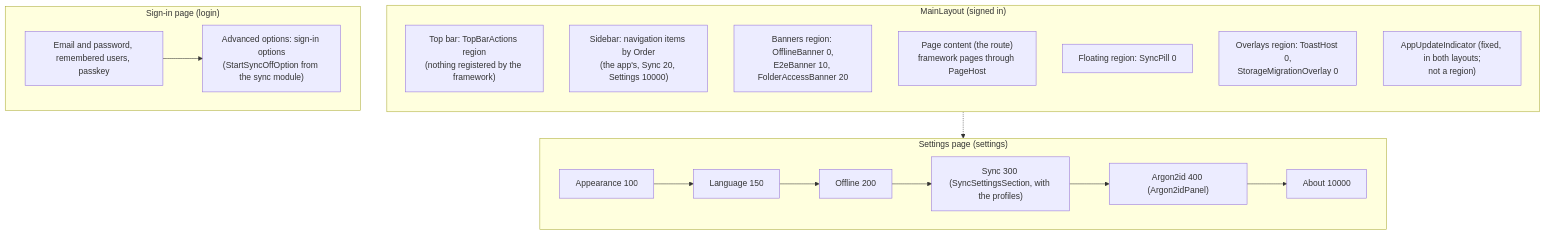
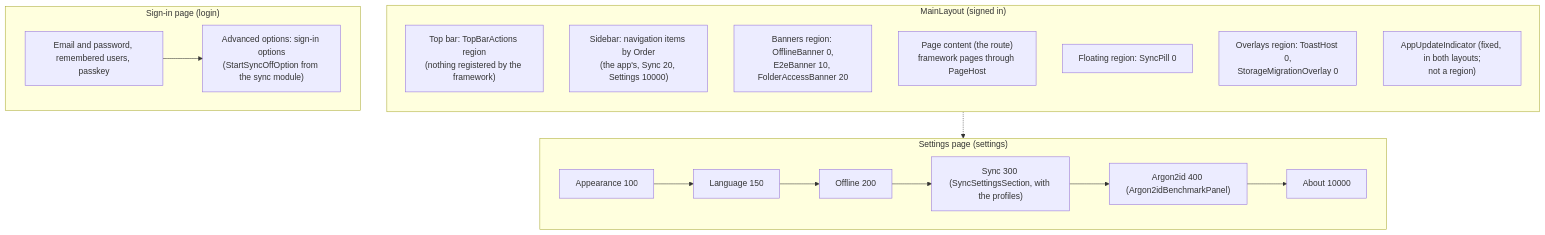
Before and after one commit to devoctomy/blazwiz: the first of 4 diagrams in docs/diagrams/extension-points.md, drawn with Mermaid. The commit also changed other lines of this file and 17 other files, not shown here.

````diff
--- a/docs/diagrams/extension-points.md
+++ b/docs/diagrams/extension-points.md
@@ -24,31 +24,31 @@
 ```mermaid
 flowchart TB
     subgraph Main["MainLayout (signed in)"]
         direction TB
         Top["Top bar: TopBarActions region<br/>(nothing registered by the framework)"]
         Side["Sidebar: navigation items by Order<br/>(the app's, Sync 20, Settings 10000)"]
         Banners["Banners region: OfflineBanner 0,<br/>E2eBanner 10, FolderAccessBanner 20"]
         Body["Page content (the route)<br/>framework pages through PageHost"]
         Floating["Floating region: SyncPill 0"]
         Overlays["Overlays region: ToastHost 0,<br/>StorageMigrationOverlay 0"]
         Update["AppUpdateIndicator (fixed, in both layouts;<br/>not a region)"]
     end
 
     subgraph SettingsPage["Settings page (settings)"]
         S1["Appearance 100"]
         S2["Language 150"]
         S3["Offline 200"]
         S4["Sync 300 (SyncSettingsSection, with the profiles)"]
-        S5["Argon2id 400 (Argon2idPanel)"]
+        S5["Argon2id 400 (Argon2idBenchmarkPanel)"]
         S6["About 10000"]
         S1 --> S2 --> S3 --> S4 --> S5 --> S6
     end
 
     subgraph LoginPage["Sign-in page (login)"]
         L1["Email and password, remembered users, passkey"]
         L2["Advanced options: sign-in options<br/>(StartSyncOffOption from the sync module)"]
         L1 --> L2
     end
 
     Body -.-> SettingsPage
 ```
````
